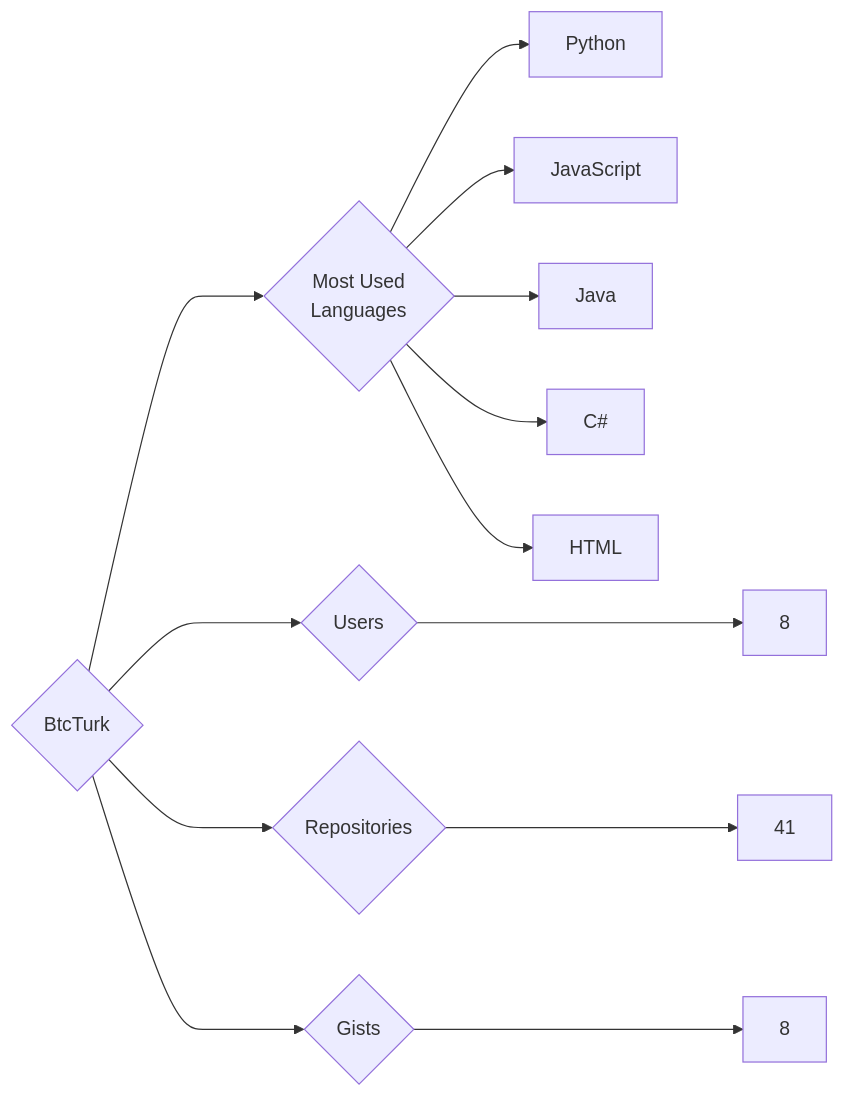
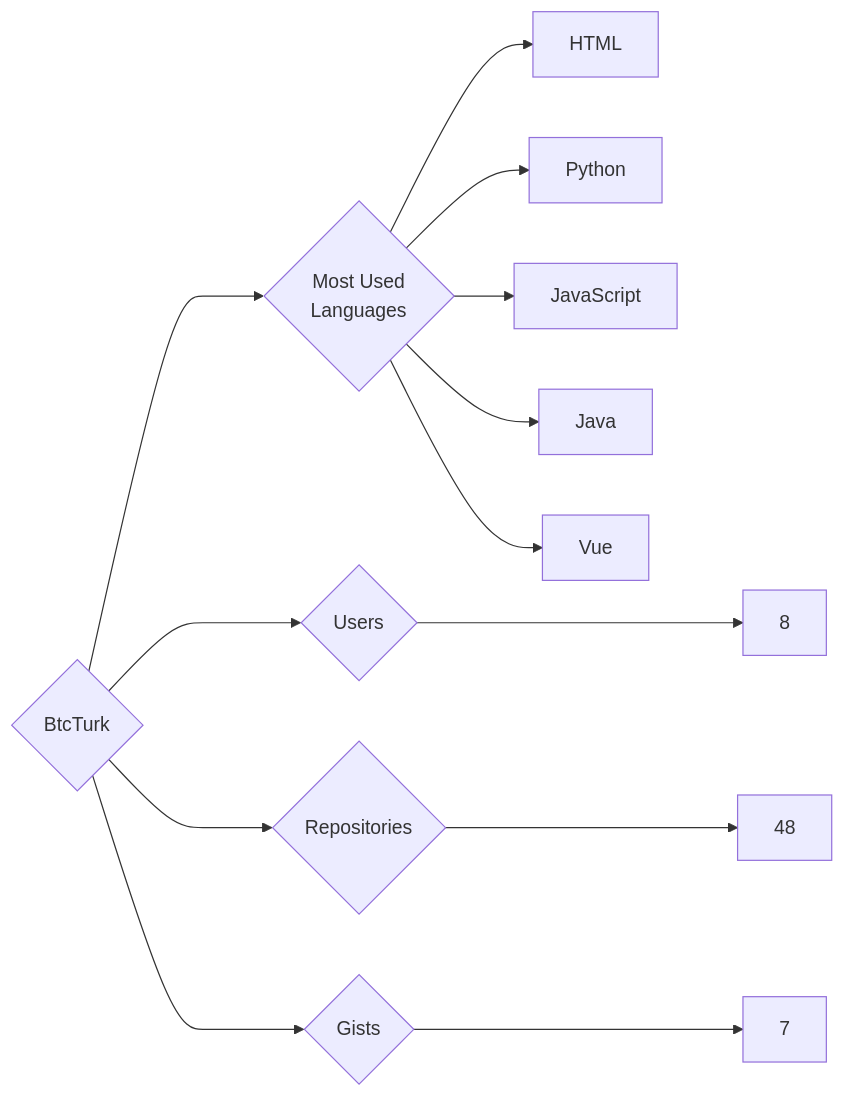
The diagram in targets/BtcTurk/README.md (trickest/insiders), drawn with Mermaid before and after one commit. The commit also changed 815 other files, not shown here.

````diff
--- a/targets/BtcTurk/README.md
+++ b/targets/BtcTurk/README.md
@@ -3,13 +3,13 @@
 ```mermaid
 graph LR
 COMPANY_NAME{BtcTurk}
 COMPANY_NAME ---> U{Users} ---> UN[8]
-COMPANY_NAME ---> R{Repositories} ---> RN[41]
-COMPANY_NAME ---> G{Gists} ---> GN[8]
+COMPANY_NAME ---> R{Repositories} ---> RN[48]
+COMPANY_NAME ---> G{Gists} ---> GN[7]
 COMPANY_NAME ---> ML{Most Used<br>Languages}
+ML --> HTML[HTML]
 ML --> Python[Python]
 ML --> JavaScript[JavaScript]
 ML --> Java[Java]
-ML --> C#[C#]
-ML --> HTML[HTML]
+ML --> Vue[Vue]
 ```
````
